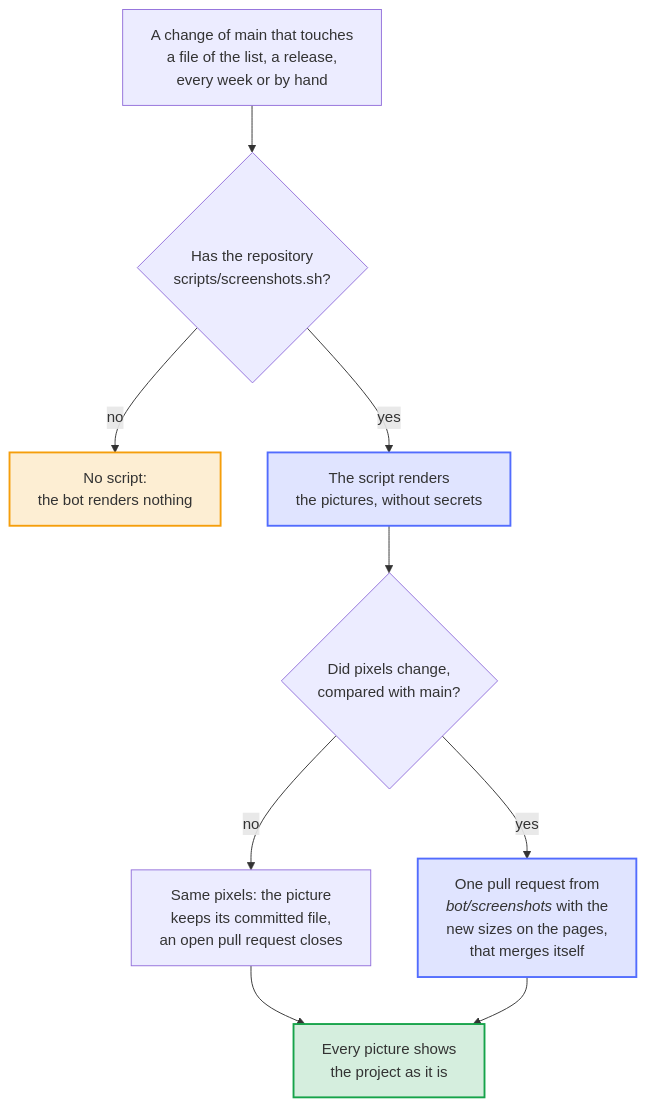
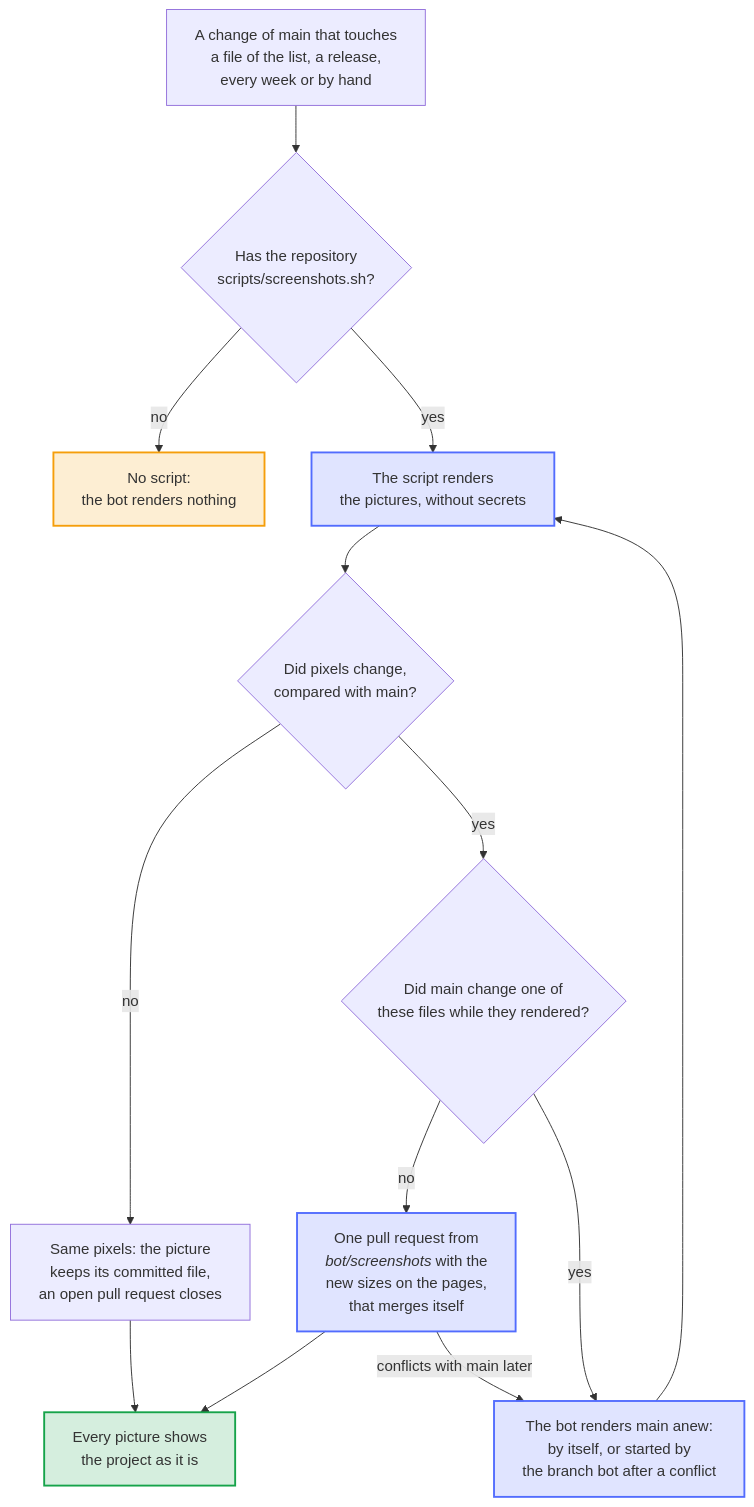
One commit to Dennis-Otto/repo-blueprint changed the diagram in docs/diagrams/how-the-screenshots-renew-themselves.mmd. Above: the diagram before and after it, drawn with Mermaid. The commit also changed 31 other files, not shown here.

First line of the commit message:
fix: the screenshot bot renders again when its pull request has a merge conflict (#655)

```diff
--- a/docs/diagrams/how-the-screenshots-renew-themselves.mmd
+++ b/docs/diagrams/how-the-screenshots-renew-themselves.mmd
@@ -1,30 +1,36 @@
 ---
 config:
   flowchart:
     wrappingWidth: 400
 ---
 flowchart TB
     accTitle: How the screenshots renew themselves
-    accDescr: After a change of main that touches a file of .github/screenshots-paths.txt, after every release, every week and on demand, the screenshot bot looks for scripts/screenshots.sh; without it, the bot renders nothing. The script renders the pictures without secrets, and each picture whose pixels stayed the same keeps its committed file. When pixels changed, one pull request from bot/screenshots holds the new pictures and the width and height that the pages name for them, and merges itself once every check passes; when main looks as rendered, the bot closes it. So every picture shows the project as it is.
+    accDescr: After a change of main that touches a file of .github/screenshots-paths.txt, after every release, every week and on demand, the screenshot bot looks for scripts/screenshots.sh; without it, the bot renders nothing. The script renders the pictures without secrets, and each picture whose pixels stayed the same keeps its committed file. When pixels changed and main changed none of these files while they rendered, one pull request from bot/screenshots holds the new pictures and the width and height that the pages name for them, and merges itself once every check passes; when main looks as rendered, the bot closes it. When main changed one of them meanwhile, as when the pull request before merged, or when the pull request conflicts with main later, the bot renders main anew: by itself, or started by the branch bot. So every picture shows the project as it is.
 
     event["`A change of main that touches<br>a file of the list, a release,<br>every week or by hand`"]
     script{"Has the repository<br>scripts/screenshots.sh?"}
     off["No script:<br>the bot renders nothing"]
     render["The script renders<br>the pictures, without secrets"]
     pixels{"Did pixels change,<br>compared with main?"}
     same["`Same pixels: the picture<br>keeps its committed file,<br>an open pull request closes`"]
     pr["`One pull request from<br>*bot/screenshots* with the<br>new sizes on the pages,<br>that merges itself`"]
+    moved{"Did main change one of<br>these files while they rendered?"}
+    again["`The bot renders main anew:<br>by itself, or started by<br>the branch bot after a conflict`"]
     done["Every picture shows<br>the project as it is"]
 
     event --> script
     script -- "no" --> off
     script -- "yes" --> render --> pixels
     pixels -- "no" --> same --> done
-    pixels -- "yes" --> pr --> done
+    pixels -- "yes" --> moved
+    moved -- "no" --> pr --> done
+    moved -- "yes" --> again
+    pr -- "conflicts with main later" --> again
+    again --> render
 
     classDef bot fill:#526cfe2e,stroke:#526cfe,stroke-width:2px
     classDef person fill:#f59e0b2e,stroke:#f59e0b,stroke-width:2px
     classDef done fill:#16a34a2e,stroke:#16a34a,stroke-width:2px
-    class render,pr bot
+    class render,pr,again bot
     class off person
     class done done
```
